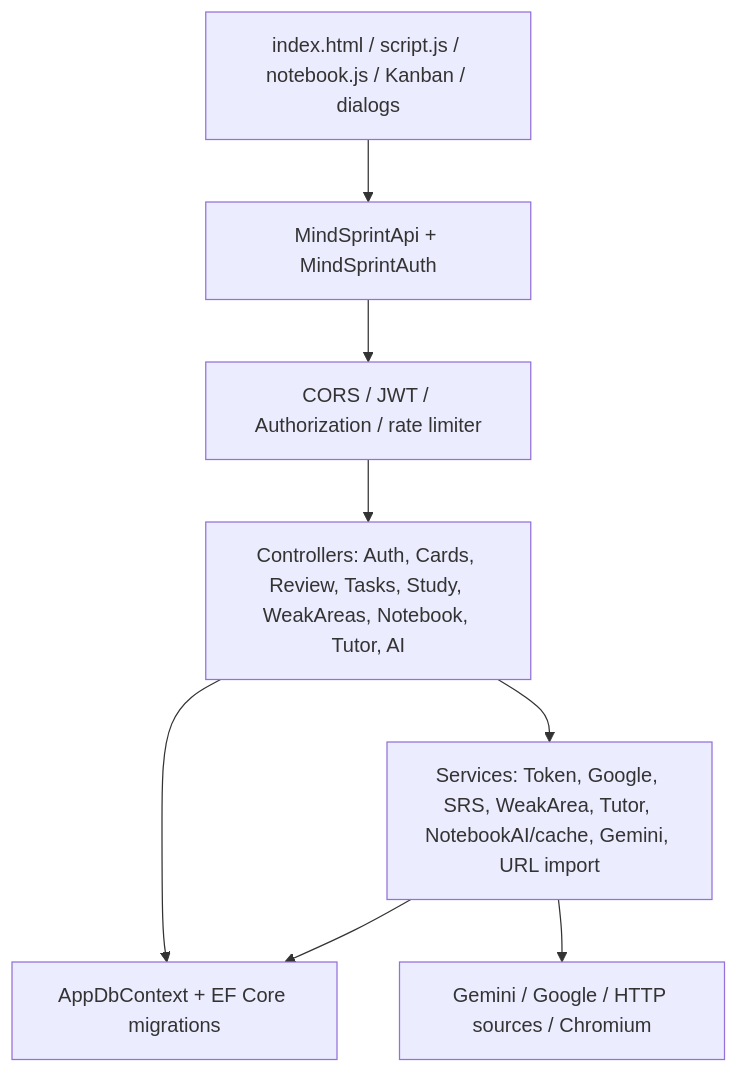
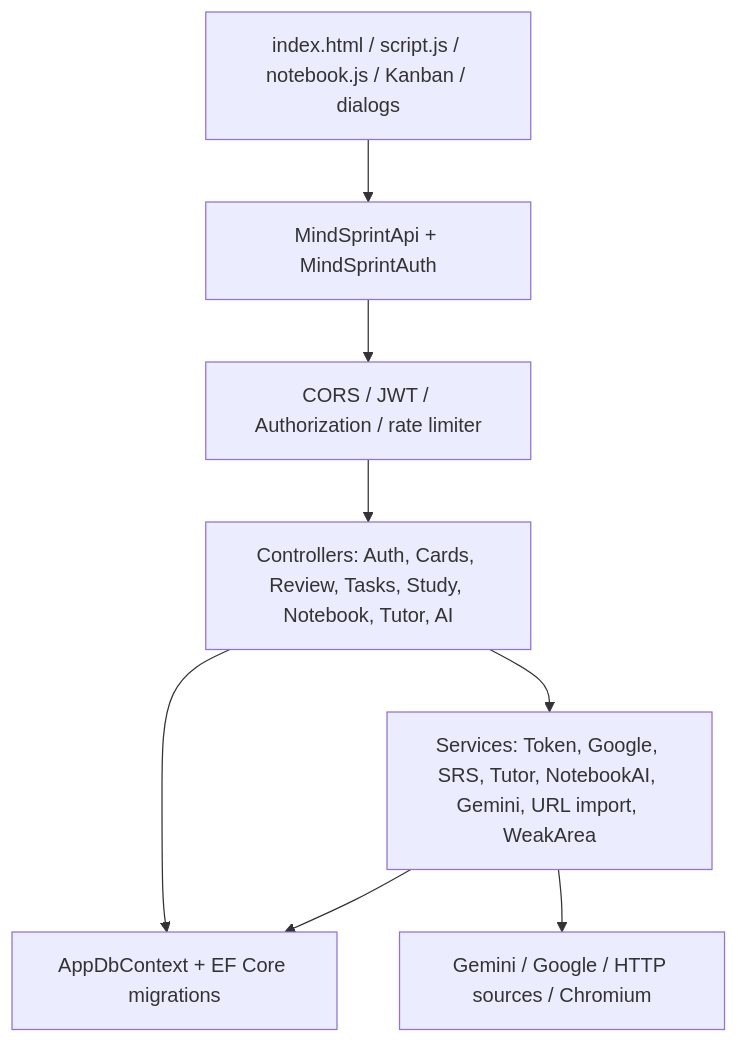
Before and after one commit to tungtungsahul/MindSprint-AI-D-n: the second of 4 diagrams in docs/architecture/software-architecture.md, drawn with Mermaid. The commit also changed other lines of this file and 278 other files, not shown here.

````diff
--- a/docs/architecture/software-architecture.md
+++ b/docs/architecture/software-architecture.md
@@ -32,15 +32,15 @@
 ```mermaid
 flowchart TB
     UI["index.html / script.js / notebook.js / Kanban / dialogs"]
     C["MindSprintApi + MindSprintAuth"]
     MW["CORS / JWT / Authorization / rate limiter"]
-    CTRL["Controllers: Auth, Cards, Review, Tasks, Study, WeakAreas, Notebook, Tutor, AI"]
-    SVC["Services: Token, Google, SRS, WeakArea, Tutor, NotebookAI/cache, Gemini, URL import"]
+    CTRL["Controllers: Auth, Cards, Review, Tasks, Study, Notebook, Tutor, AI"]
+    SVC["Services: Token, Google, SRS, Tutor, NotebookAI, Gemini, URL import, WeakArea"]
     DB["AppDbContext + EF Core migrations"]
     EXT["Gemini / Google / HTTP sources / Chromium"]
     UI --> C --> MW --> CTRL
     CTRL --> SVC
     CTRL --> DB
     SVC --> DB
     SVC --> EXT
 ```
````
